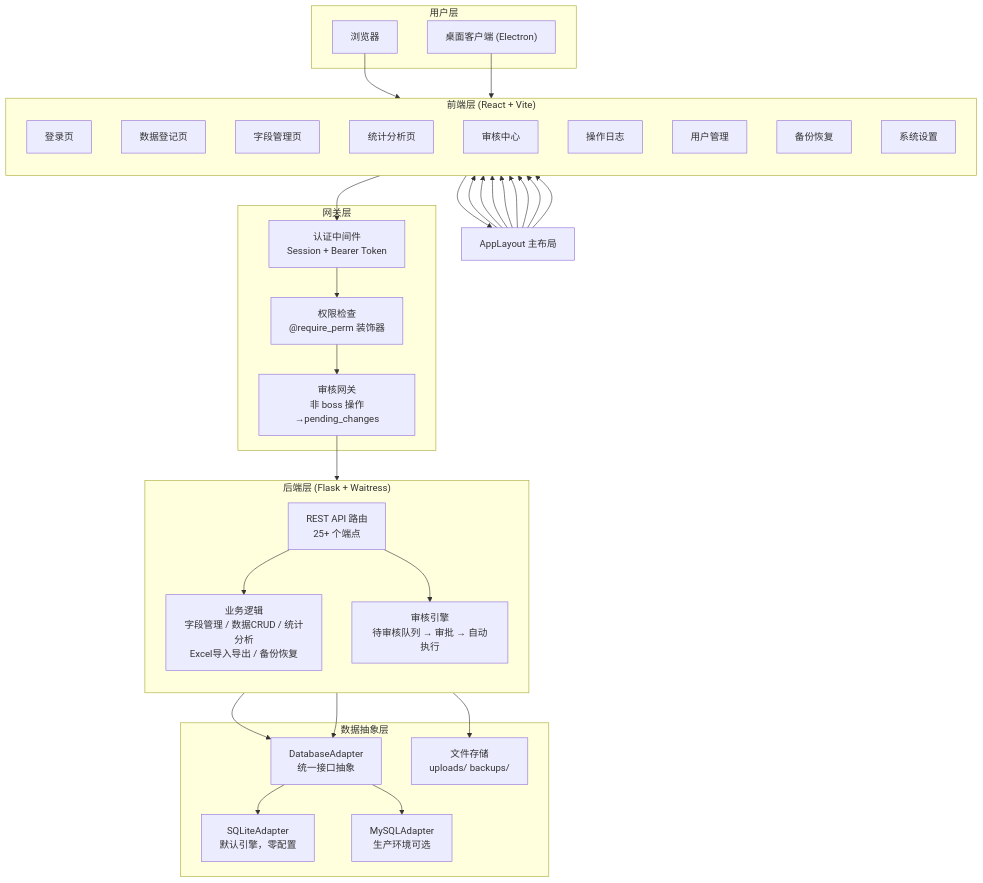
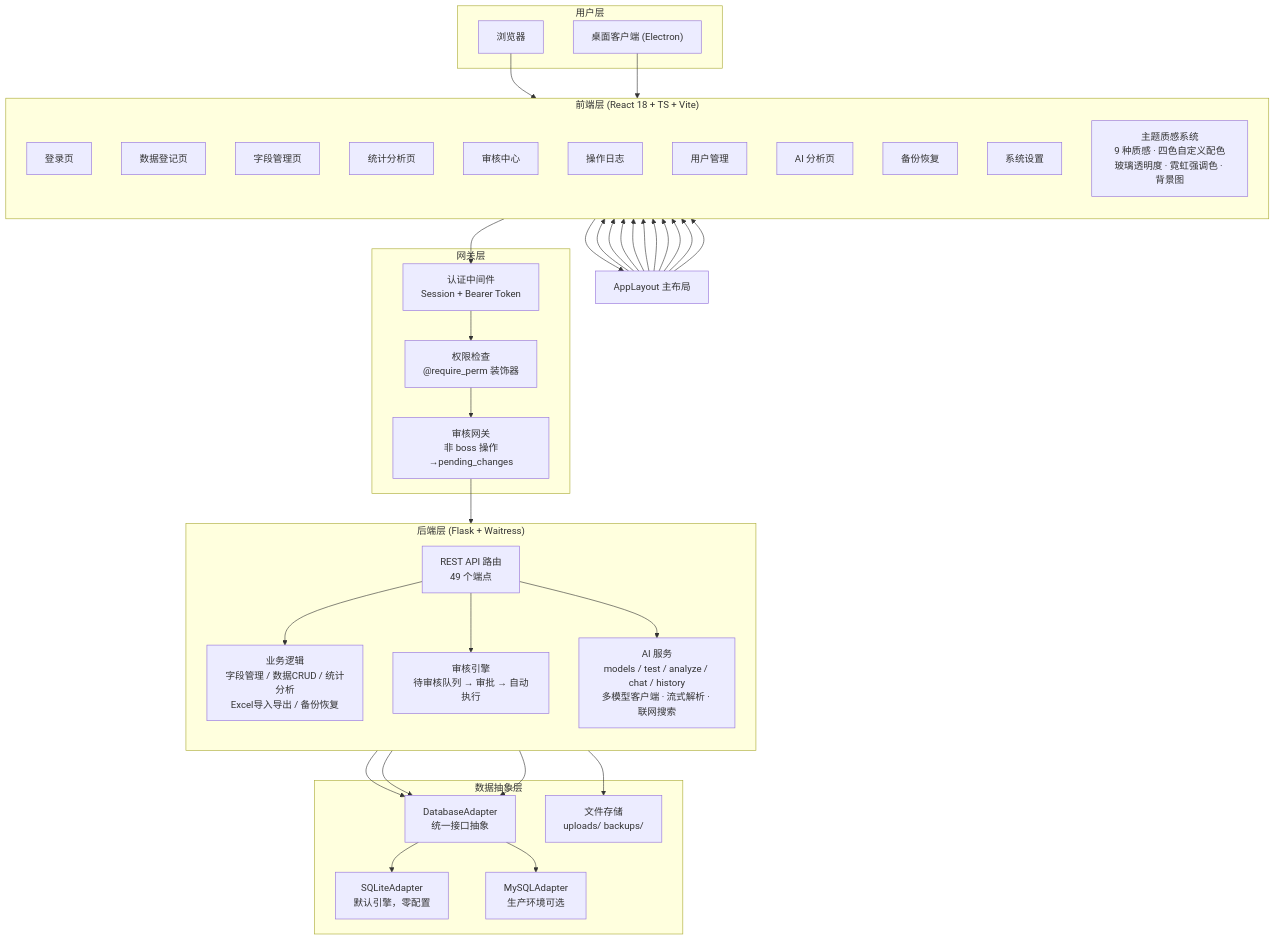
Before and after one commit to jincheng3870682453-hash/shujuku: the first of 9 diagrams in 架构图.md, drawn with Mermaid. The commit also changed other lines of this file and 7 other files, not shown here.

````diff
--- a/架构图.md
+++ b/架构图.md
@@ -7,57 +9,63 @@
 ```mermaid
 graph TB
     subgraph 用户层["用户层"]
         Browser["浏览器"]
         Desktop["桌面客户端 (Electron)"]
     end
 
-    subgraph 前端层["前端层 (React + Vite)"]
+    subgraph 前端层["前端层 (React 18 + TS + Vite)"]
         direction TB
         Login["登录页"]
         DataTable["数据登记页"]
         Columns["字段管理页"]
         Stats["统计分析页"]
         Audit["审核中心"]
         Logs["操作日志"]
         Users["用户管理"]
+        AI["AI 分析页"]
         Backup["备份恢复"]
         Settings["系统设置"]
+        ThemeSys["主题质感系统<br/>9 种质感 · 四色自定义配色<br/>玻璃透明度 · 霓虹强调色 · 背景图"]
     end
 
     subgraph 网关层["网关层"]
         Auth["认证中间件<br/>Session + Bearer Token"]
         PermCheck["权限检查<br/>@require_perm 装饰器"]
         AuditGate["审核网关<br/>非 boss 操作→pending_changes"]
     end
 
     subgraph 后端层["后端层 (Flask + Waitress)"]
         direction TB
-        API["REST API 路由<br/>25+ 个端点"]
+        API["REST API 路由<br/>49 个端点"]
         BL["业务逻辑<br/>字段管理 / 数据CRUD / 统计分析<br/>Excel导入导出 / 备份恢复"]
         AuditEngine["审核引擎<br/>待审核队列 → 审批 → 自动执行"]
+        AIService["AI 服务<br/>models / test / analyze / chat / history<br/>多模型客户端 · 流式解析 · 联网搜索"]
     end
 
     subgraph 数据层["数据抽象层"]
         Adapter["DatabaseAdapter<br/>统一接口抽象"]
         SQLite["SQLiteAdapter<br/>默认引擎，零配置"]
         MySQL["MySQLAdapter<br/>生产环境可选"]
         FileStore["文件存储<br/>uploads/ backups/"]
     end
 
     Browser --> Login
     Desktop --> Login
     Login --> Auth
-    Layout["AppLayout 主布局"] --> DataTable & Columns & Stats & Audit & Logs & Users & Backup & Settings
+    Layout["AppLayout 主布局"] --> DataTable & Columns & Stats & Audit & Logs & Users & AI & Backup & Settings
     Login --> Layout
+    Layout --> ThemeSys
 
     Auth --> PermCheck
     PermCheck --> AuditGate
     AuditGate --> API
     API --> BL
     API --> AuditEngine
+    API --> AIService
     BL --> Adapter
     AuditEngine --> Adapter
+    AIService --> Adapter
     Adapter --> SQLite
     Adapter --> MySQL
     BL --> FileStore
 ```
````
